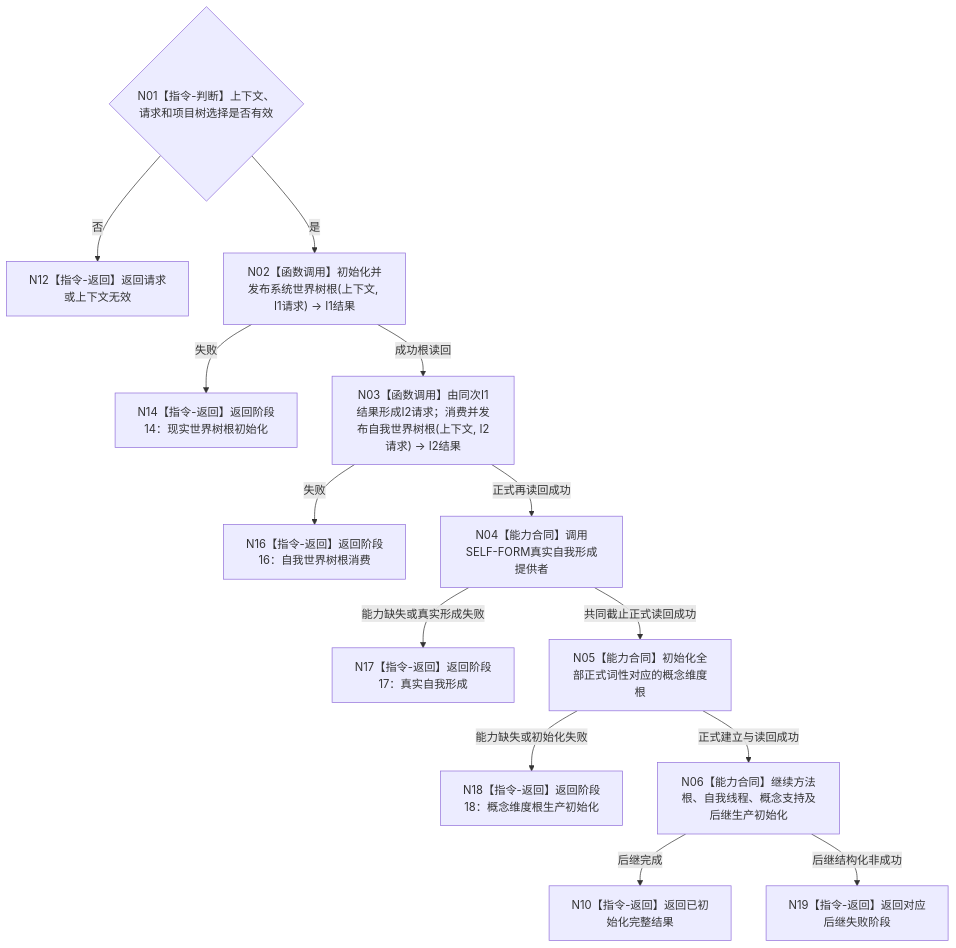
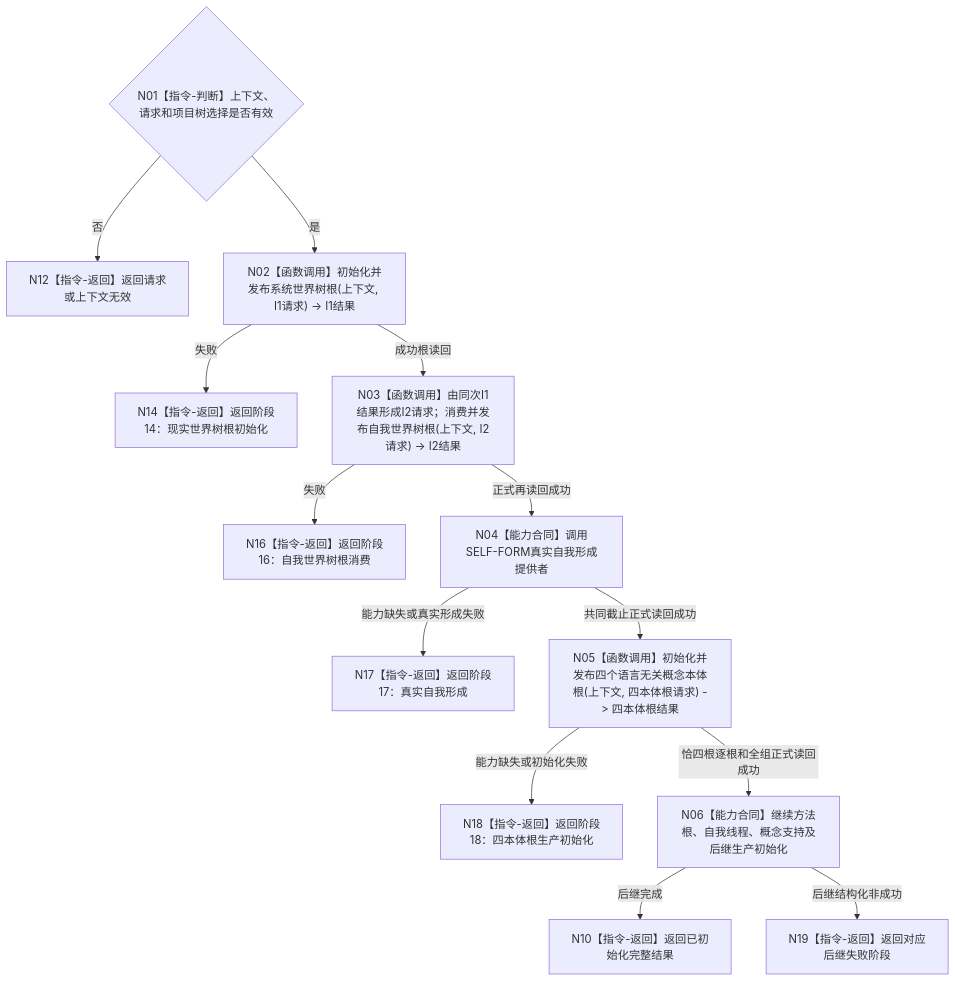
The diagram in 流程图/目标业务流程图/L2/BIZ-L2-001-03_初始化普通系统_目标函数流程图_v0.1.md (chunhaizh-cyber/HY-Ego), drawn with Mermaid before and after one commit. The commit also changed other lines of this file and 16 other files, not shown here.

Commit message:
流程图: 重基线阶段18四本体根业务链

````diff
--- a/流程图/目标业务流程图/L2/BIZ-L2-001-03_初始化普通系统_目标函数流程图_v0.1.md
+++ b/流程图/目标业务流程图/L2/BIZ-L2-001-03_初始化普通系统_目标函数流程图_v0.1.md
@@ -29,15 +29,15 @@
 ```mermaid
 flowchart TD
     N01{"N01【指令-判断】上下文、请求和项目树选择是否有效"} -->|否| N12["N12【指令-返回】返回请求或上下文无效"]
     N01 -->|是| N02["N02【函数调用】初始化并发布系统世界树根(上下文, I1请求) -> I1结果"]
     N02 -->|失败| N14["N14【指令-返回】返回阶段14：现实世界树根初始化"]
     N02 -->|成功根读回| N03["N03【函数调用】由同次I1结果形成I2请求；消费并发布自我世界树根(上下文, I2请求) -> I2结果"]
     N03 -->|失败| N16["N16【指令-返回】返回阶段16：自我世界树根消费"]
     N03 -->|正式再读回成功| N04["N04【能力合同】调用SELF-FORM真实自我形成提供者"]
     N04 -->|能力缺失或真实形成失败| N17["N17【指令-返回】返回阶段17：真实自我形成"]
-    N04 -->|共同截止正式读回成功| N05["N05【能力合同】初始化全部正式词性对应的概念维度根"]
-    N05 -->|能力缺失或初始化失败| N18["N18【指令-返回】返回阶段18：概念维度根生产初始化"]
-    N05 -->|正式建立与读回成功| N06["N06【能力合同】继续方法根、自我线程、概念支持及后继生产初始化"]
+    N04 -->|共同截止正式读回成功| N05["N05【函数调用】初始化并发布四个语言无关概念本体根(上下文, 四本体根请求) -> 四本体根结果"]
+    N05 -->|能力缺失或初始化失败| N18["N18【指令-返回】返回阶段18：四本体根生产初始化"]
+    N05 -->|恰四根逐根和全组正式读回成功| N06["N06【能力合同】继续方法根、自我线程、概念支持及后继生产初始化"]
     N06 -->|后继完成| N10["N10【指令-返回】返回已初始化完整结果"]
     N06 -->|后继结构化非成功| N19["N19【指令-返回】返回对应后继失败阶段"]
 ```
````
